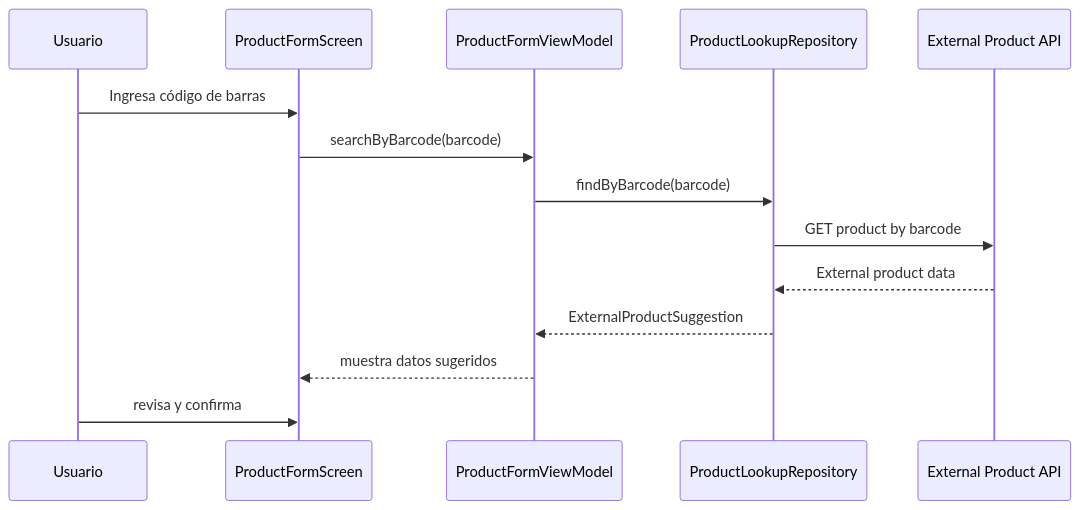
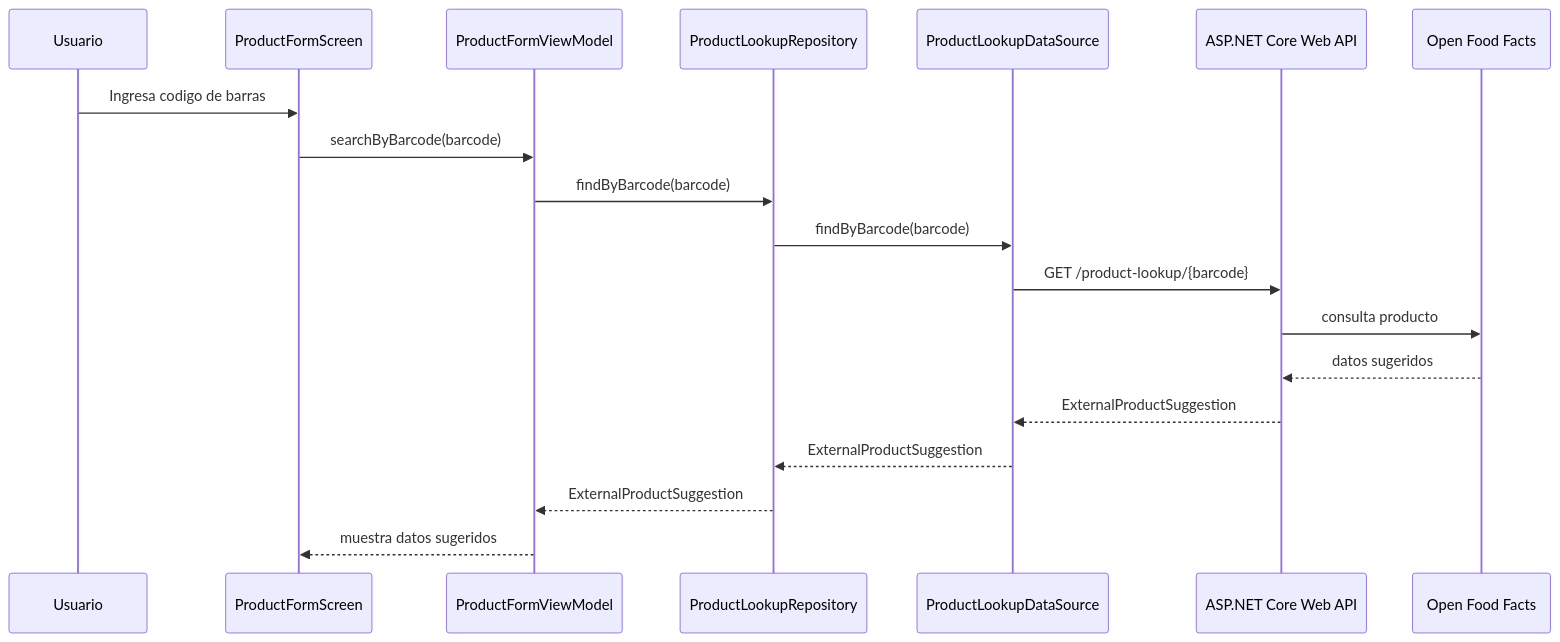
One commit to DevTeam-DAKFC/inventory-mobile-project changed the fourth of 8 diagrams in docs/architecture/system-architecture.md. Above: the diagram before and after it, drawn with Mermaid. The commit also changed other lines of this file, not shown here.

Commit message:
docs(architecture): align system architecture with .NET backend

````diff
--- a/docs/architecture/system-architecture.md
+++ b/docs/architecture/system-architecture.md
@@ -493,17 +425,22 @@
 ```mermaid
 sequenceDiagram
     participant U as Usuario
     participant UI as ProductFormScreen
     participant VM as ProductFormViewModel
     participant R as ProductLookupRepository
-    participant API as External Product API
+    participant DS as ProductLookupDataSource
+    participant API as ASP.NET Core Web API
+    participant EXT as Open Food Facts
 
-    U->>UI: Ingresa código de barras
+    U->>UI: Ingresa codigo de barras
     UI->>VM: searchByBarcode(barcode)
     VM->>R: findByBarcode(barcode)
-    R->>API: GET product by barcode
-    API-->>R: External product data
+    R->>DS: findByBarcode(barcode)
+    DS->>API: GET /product-lookup/{barcode}
+    API->>EXT: consulta producto
+    EXT-->>API: datos sugeridos
+    API-->>DS: ExternalProductSuggestion
+    DS-->>R: ExternalProductSuggestion
     R-->>VM: ExternalProductSuggestion
     VM-->>UI: muestra datos sugeridos
-    U->>UI: revisa y confirma
 ```
````
